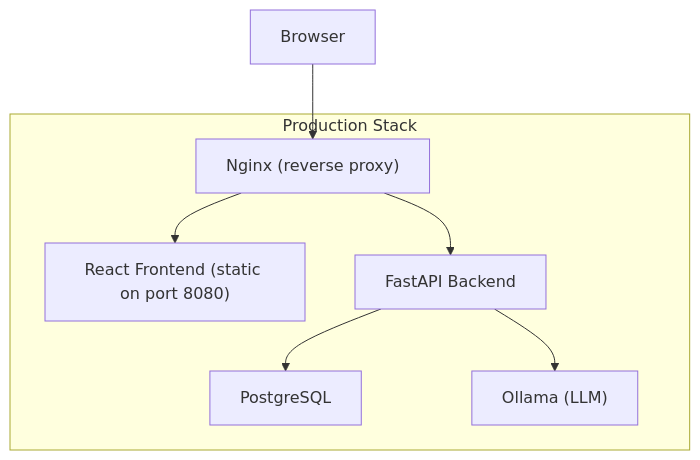
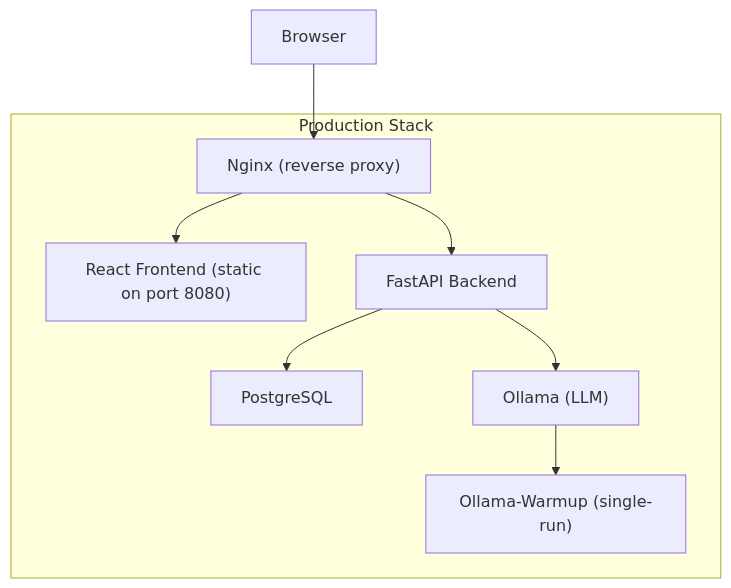
One commit to Revanththetalogics/aireume changed the first of 5 diagrams in .qoder/repowiki/en/content/Deployment & DevOps/Production Deployment.md. Above: the diagram before and after it, drawn with Mermaid. The commit also changed other lines of this file and 33 other files, not shown here.

````diff
--- a/.qoder/repowiki/en/content/Deployment & DevOps/Production Deployment.md
+++ b/.qoder/repowiki/en/content/Deployment & DevOps/Production Deployment.md
@@ -51,15 +55,17 @@
 ```mermaid
 graph TB
 subgraph "Production Stack"
 NGINX["Nginx (reverse proxy)"]
 FRONT["React Frontend (static on port 8080)"]
 BACK["FastAPI Backend"]
 DB["PostgreSQL"]
 OLL["Ollama (LLM)"]
+WARM["Ollama-Warmup (single-run)"]
 end
 CLIENT["Browser"] --> NGINX
 NGINX --> FRONT
 NGINX --> BACK
 BACK --> DB
 BACK --> OLL
+OLL --> WARM
 ```
````
